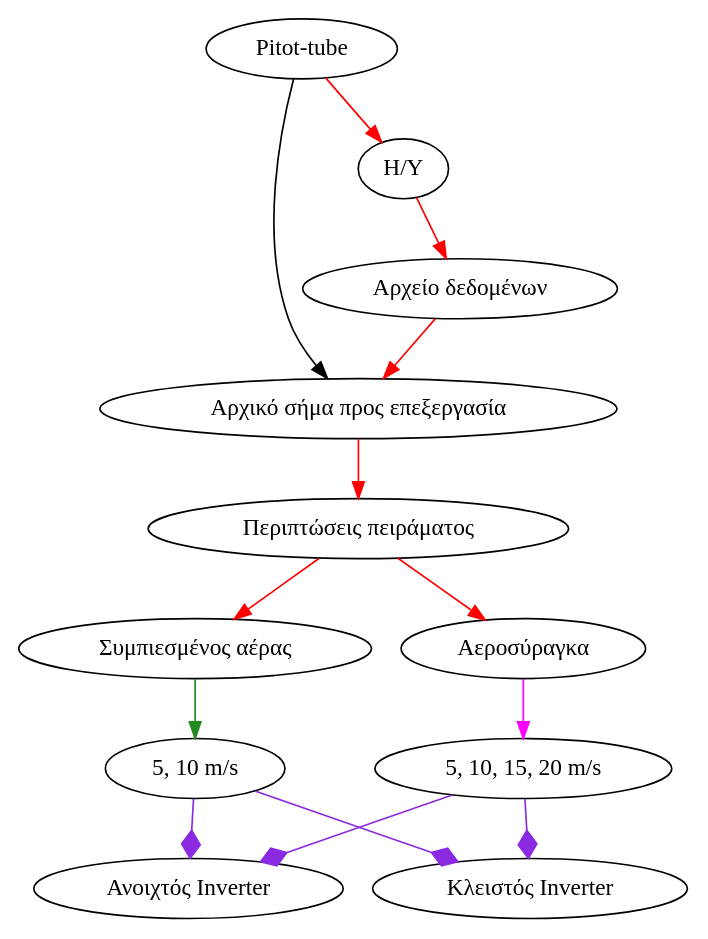
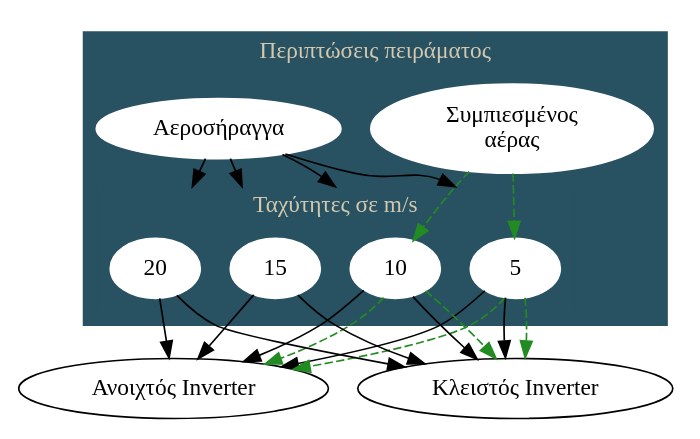
The diagram in diss-docs/main_doc/graphviz/lab-struct.gv (hmu-mech-npap/diss.tn.doc), drawn with Graphviz before and after one commit. The commit also changed 4 other files, not shown here.

Commit message:
generate the latest version of the graphs in the document

```diff
--- a/diss-docs/main_doc/graphviz/lab-struct.gv
+++ b/diss-docs/main_doc/graphviz/lab-struct.gv
@@ -1,20 +1,27 @@
 digraph regexp  {
-    // size= "4,6!"
-    "Pitot-tube" ->
-    "H/Y" ->
-    "Αρχείο δεδομένων" ->
-    "Αρχικό σήμα πρoς επεξεργασία" ->
-    "Περιπτώσεις πειράματος" ->
-    {"Συμπιεσμένος αέρας"  "Αεροσύραγκα" } [color=red]
-
-    "Συμπιεσμένος αέρας" -> "5, 10 m/s" [color=forestgreen]
-
-    "Αεροσύραγκα" -> "5, 10, 15, 20 m/s" [color=magenta]
-
-    {"5, 10, 15, 20 m/s" "5, 10 m/s" }
-    -> {"Ανοιχτός Inverter" "Κλειστός Inverter"}[color = blueviolet,
-                                                 arrowhead = diamond,
-                                                 arrowsize = 1.4 ]
-
-    "Pitot-tube" -> "Αρχικό σήμα πρoς επεξεργασία"
+    compound=true;
+    // graph [fontsize=12 fontname="Computer Modern" compound=true];
+    // node [fontsize=12 fontname="Computer Modern"];
+    subgraph cluster_1{
+        fontcolor="#D4C9AF";
+        style=filled;
+        color="#285162";
+        node [style=filled, color=white];
+        // "Περιπτώσεις πειράματος" ->
+        // {"Συμπιεσμένος \n αέρας"  "Αεροσύραγκα" } [color=red]
+        "Συμπιεσμένος \n αέρας" -> {"5" "10"} [color=forestgreen, style=dashed]
+        "Αεροσήραγγα" -> {"5" "10" "15" "20"} [color=black, lhead=cluster_2]
+        label = "Περιπτώσεις πειράματος";
+        {rank=same;"Αεροσήραγγα";"Συμπιεσμένος \n αέρας";}[dir="back"];
+        // color=blue
+        subgraph cluster_2{
+            "5" "10" "15" "20";
+            label="Ταχύτητες σε m/s"
+        }
+    }
+    {rank=same;"Ανοιχτός Inverter";"Κλειστός Inverter";}
+    {"5" "10" "15" "20"} ->
+    {"Ανοιχτός Inverter" "Κλειστός Inverter"}[color=black]
+    {"5" "10" } ->
+    {"Ανοιχτός Inverter" "Κλειστός Inverter"}[color=forestgreen, style=dashed]
 }
```
